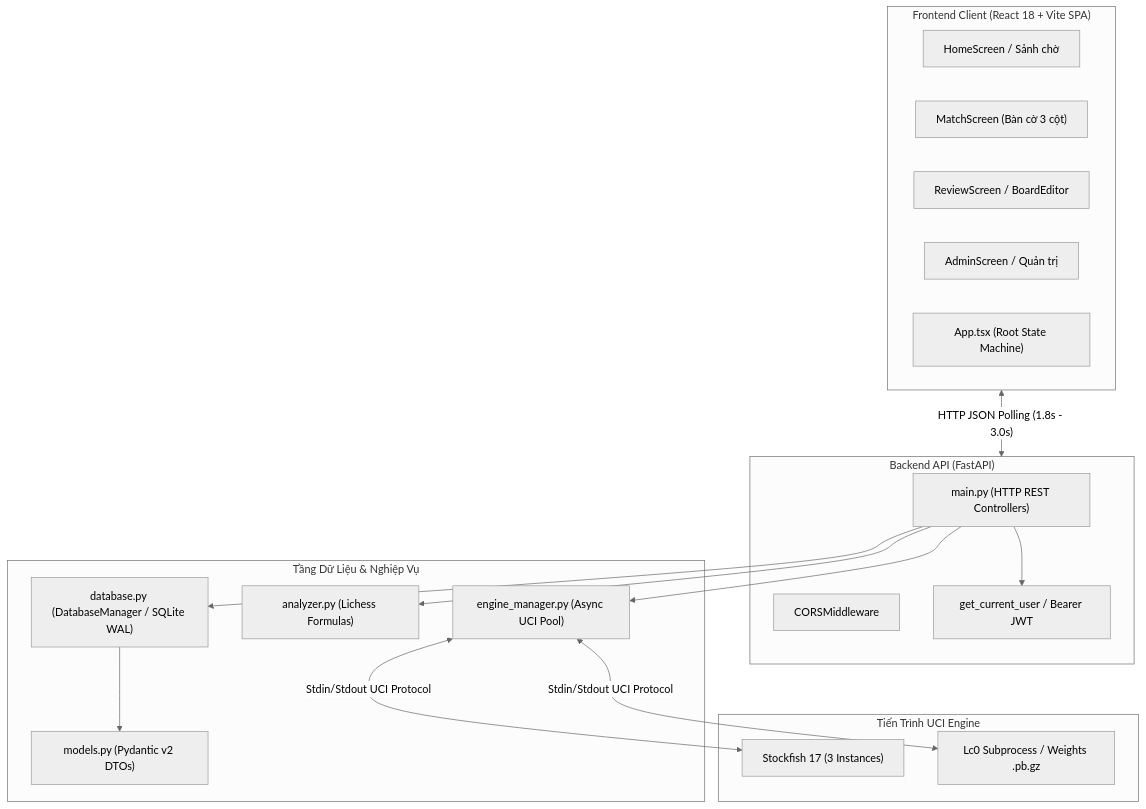
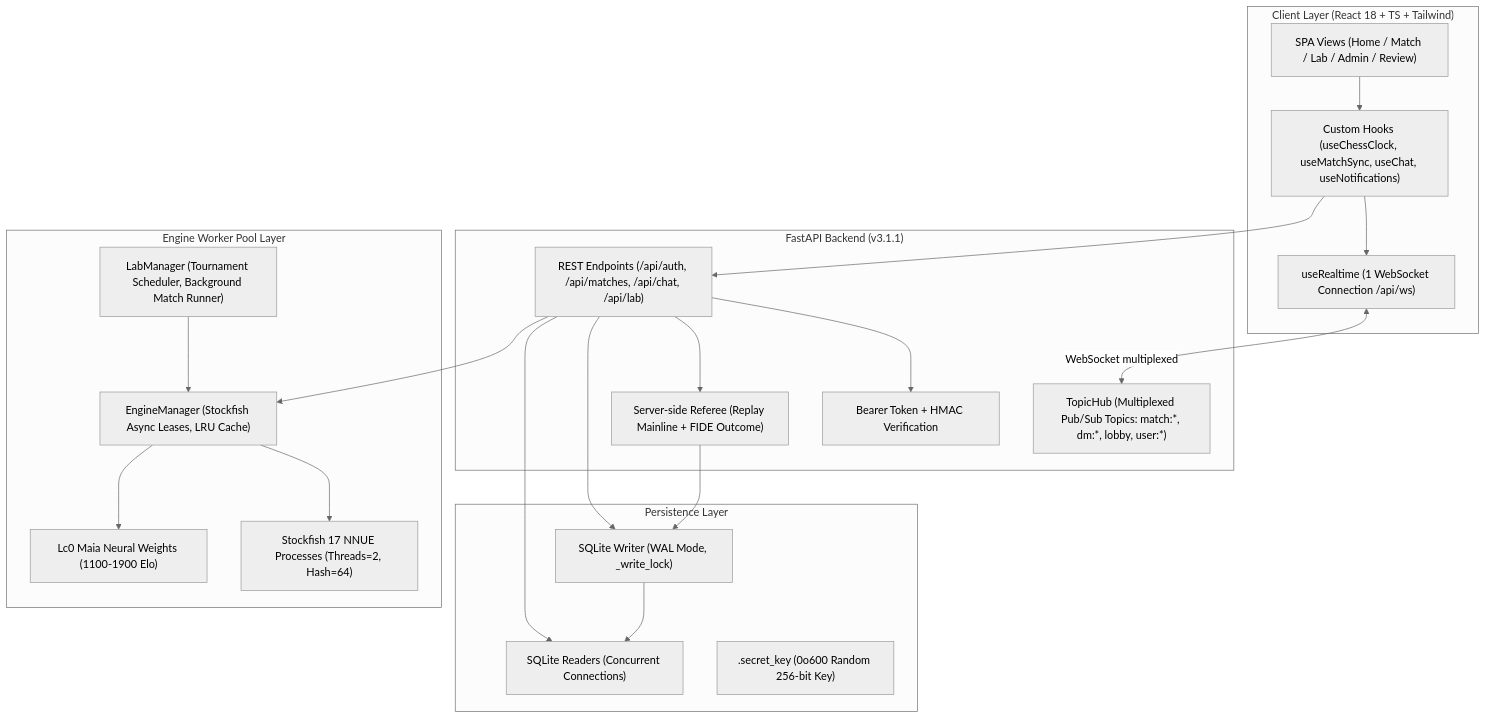
The diagram in docs/report/COMPREHENSIVE_CODEBASE_AUDIT_REPORT.md (ZordDevzz/TheChess), drawn with Mermaid (neutral theme) before and after one commit. The commit also changed other lines of this file and 36 other files, not shown here.

First line of the commit message:
Lab & Engine: Berger Table FIDE, Maia Temperature, Human Opening Book, Stockfish Master va refactor UI

````diff
--- a/docs/report/COMPREHENSIVE_CODEBASE_AUDIT_REPORT.md
+++ b/docs/report/COMPREHENSIVE_CODEBASE_AUDIT_REPORT.md
@@ -61,37 +62,43 @@
 ```mermaid
-flowchart TB
-    subgraph Client["Frontend Client (React 18 + Vite SPA)"]
-        UI_Home["HomeScreen / Sảnh chờ"]
-        UI_Match["MatchScreen (Bàn cờ 3 cột)"]
-        UI_Review["ReviewScreen / BoardEditor"]
-        UI_Admin["AdminScreen / Quản trị"]
-        State_App["App.tsx (Root State Machine)"]
+graph TD
+    subgraph Client ["Client Layer (React 18 + TS + Tailwind)"]
+        UI["SPA Views (Home / Match / Lab / Admin / Review)"]
+        State["Custom Hooks (useChessClock, useMatchSync, useChat, useNotifications)"]
+        WSClient["useRealtime (1 WebSocket Connection /api/ws)"]
     end
 
-    subgraph Backend["Backend API (FastAPI)"]
-        API_Main["main.py (HTTP REST Controllers)"]
-        MW_Cors["CORSMiddleware"]
-        Auth_MW["get_current_user / Bearer JWT"]
+    subgraph Server ["FastAPI Backend (v3.1.1)"]
+        Router["REST Endpoints (/api/auth, /api/matches, /api/chat, /api/lab)"]
+        TopicHub["TopicHub (Multiplexed Pub/Sub Topics: match:*, dm:*, lobby, user:*)"]
+        AuthMid["Bearer Token + HMAC Verification"]
+        Referee["Server-side Referee (Replay Mainline + FIDE Outcome)"]
     end
 
-    subgraph Domain_Data["Tầng Dữ Liệu & Nghiệp Vụ"]
-        DB_Mgr["database.py (DatabaseManager / SQLite WAL)"]
-        Models["models.py (Pydantic v2 DTOs)"]
-        Analyzer["analyzer.py (Lichess Formulas)"]
-        Engine_Pool["engine_manager.py (Async UCI Pool)"]
+    subgraph Storage ["Persistence Layer"]
+        DBWrite["SQLite Writer (WAL Mode, _write_lock)"]
+        DBRead["SQLite Readers (Concurrent Connections)"]
+        SecretKey[".secret_key (0o600 Random 256-bit Key)"]
     end
 
-    subgraph External_Engines["Tiến Trình UCI Engine"]
-        SF_Proc["Stockfish 17 (3 Instances)"]
-        Maia_Proc["Lc0 Subprocess / Weights .pb.gz"]
+    subgraph EngineLayer ["Engine Worker Pool Layer"]
+        EnginePool["EngineManager (Stockfish Async Leases, LRU Cache)"]
+        LabManager["LabManager (Tournament Scheduler, Background Match Runner)"]
+        SFWorkers["Stockfish 17 NNUE Processes (Threads=2, Hash=64)"]
+        MaiaWorkers["Lc0 Maia Neural Weights (1100-1900 Elo)"]
     end
 
-    Client <-->|"HTTP JSON Polling (1.8s - 3.0s)"| Backend
-    API_Main --> Auth_MW
-    API_Main --> DB_Mgr
-    API_Main --> Analyzer
-    API_Main --> Engine_Pool
-    DB_Mgr --> Models
-    Engine_Pool <-->|"Stdin/Stdout UCI Protocol"| SF_Proc
-    Engine_Pool <-->|"Stdin/Stdout UCI Protocol"| Maia_Proc
+    UI --> State
+    State --> WSClient
+    State --> Router
+    WSClient <-->|WebSocket multiplexed| TopicHub
+    Router --> AuthMid
+    Router --> Referee
+    Router --> DBWrite
+    Router --> DBRead
+    Referee --> DBWrite
+    LabManager --> EnginePool
+    Router --> EnginePool
+    EnginePool --> SFWorkers
+    EnginePool --> MaiaWorkers
+    DBWrite --> DBRead
 ```
````
